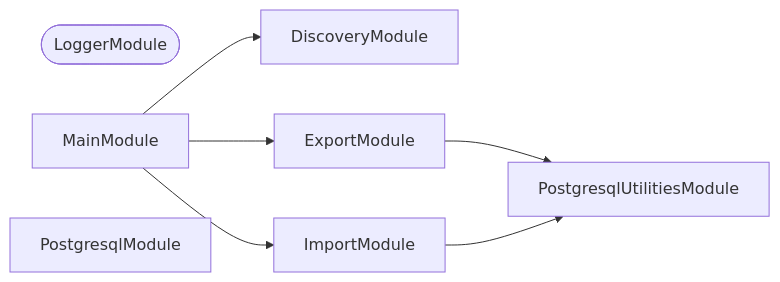
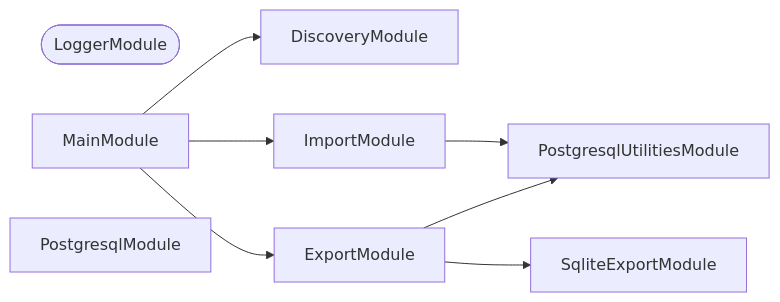
The second of 3 diagrams in projects/common/persistence/README.md (organizzolini/codebase), drawn with Mermaid before and after one commit. The commit also changed other lines of this file and 80 other files, not shown here.

````diff
--- a/projects/common/persistence/README.md
+++ b/projects/common/persistence/README.md
@@ -454,15 +451,17 @@
 ```mermaid
 flowchart LR
   DiscoveryModule
   ExportModule
   ImportModule
   LoggerModule([LoggerModule])
   MainModule
   PostgresqlModule
   PostgresqlUtilitiesModule
+  SqliteExportModule
   ExportModule --> PostgresqlUtilitiesModule
+  ExportModule --> SqliteExportModule
   ImportModule --> PostgresqlUtilitiesModule
   MainModule --> DiscoveryModule
   MainModule --> ExportModule
   MainModule --> ImportModule
 ```
````
